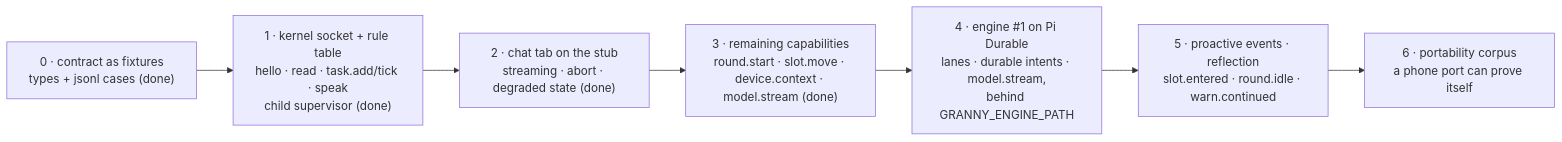
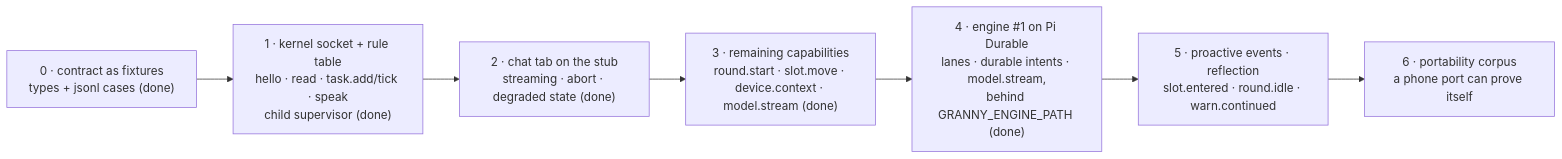
The fourth of 4 diagrams in docs/ENGINE.md (HappyVoxel/granny), drawn with Mermaid before and after one commit. The commit also changed other lines of this file and 32 other files, not shown here.

First line of the commit message:
feat: add Slice 4 Pi Durable sidecar engine (3 lanes, durable intents, zero-LLM probes) (#46)

````diff
--- a/docs/ENGINE.md
+++ b/docs/ENGINE.md
@@ -360,9 +363,9 @@
 ```mermaid
 flowchart LR
     S0["0 · contract as fixtures<br/>types + jsonl cases (done)"] --> S1["1 · kernel socket + rule table<br/>hello · read · task.add/tick · speak<br/>child supervisor (done)"]
     S1 --> S2["2 · chat tab on the stub<br/>streaming · abort · degraded state (done)"]
     S2 --> S3["3 · remaining capabilities<br/>round.start · slot.move · device.context · model.stream (done)"]
-    S3 --> S4["4 · engine #1 on Pi Durable<br/>lanes · durable intents · model.stream,<br/>behind GRANNY_ENGINE_PATH"]
+    S3 --> S4["4 · engine #1 on Pi Durable<br/>lanes · durable intents · model.stream,<br/>behind GRANNY_ENGINE_PATH (done)"]
     S4 --> S5["5 · proactive events · reflection<br/>slot.entered · round.idle · warn.continued"]
     S5 --> S6["6 · portability corpus<br/>a phone port can prove itself"]
 ```
````
